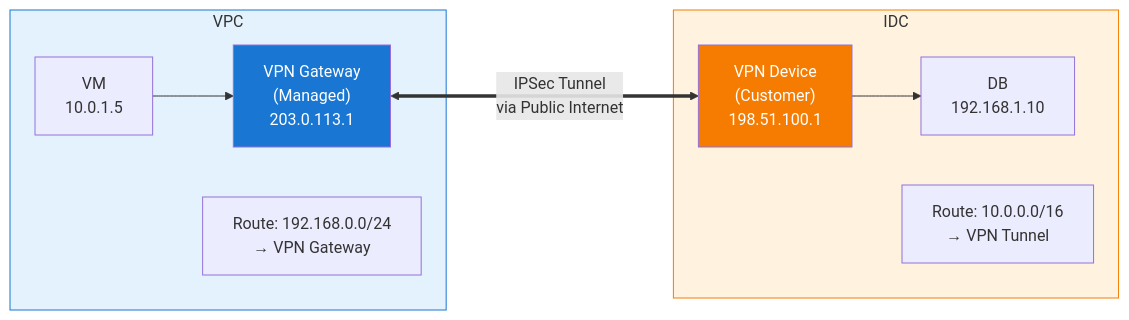
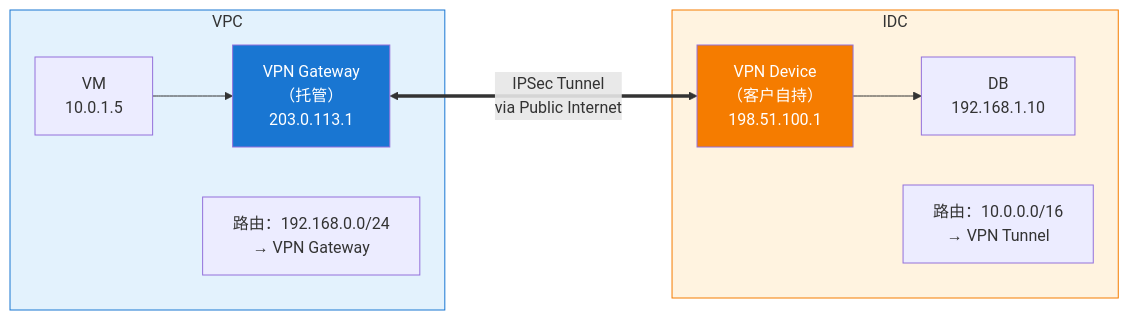
One commit to caozhiyi/network-book changed the second of 4 diagrams in docs/20.用互联网打通云和IDC之VPN连接.md. Above: the diagram before and after it, drawn with Mermaid. The commit also changed other lines of this file and 36 other files, not shown here.

````diff
--- a/docs/20.用互联网打通云和IDC之VPN连接.md
+++ b/docs/20.用互联网打通云和IDC之VPN连接.md
@@ -104,23 +186,23 @@
 ```mermaid
 graph LR
     subgraph VPC["VPC"]
         VM["VM<br/>10.0.1.5"]
-        VPN_GW["VPN Gateway<br/>(Managed)<br/>203.0.113.1"]
-        RT_VPC["Route: 192.168.0.0/24<br/>→ VPN Gateway"]
+        VPN_GW["VPN Gateway<br/>（托管）<br/>203.0.113.1"]
+        RT_VPC["路由：192.168.0.0/24<br/>→ VPN Gateway"]
     end
 
     subgraph IDC["IDC"]
         DB["DB<br/>192.168.1.10"]
-        VPN_DEV["VPN Device<br/>(Customer)<br/>198.51.100.1"]
-        RT_IDC["Route: 10.0.0.0/16<br/>→ VPN Tunnel"]
+        VPN_DEV["VPN Device<br/>（客户自持）<br/>198.51.100.1"]
+        RT_IDC["路由：10.0.0.0/16<br/>→ VPN Tunnel"]
     end
 
     VM --> VPN_GW
     VPN_GW <===>|"IPSec Tunnel<br/>via Public Internet"| VPN_DEV
     VPN_DEV --> DB
 
     style VPC fill:#e3f2fd,stroke:#1976d2
     style IDC fill:#fff3e0,stroke:#f57c00
     style VPN_GW fill:#1976d2,color:#fff
     style VPN_DEV fill:#f57c00,color:#fff
 ```
````
